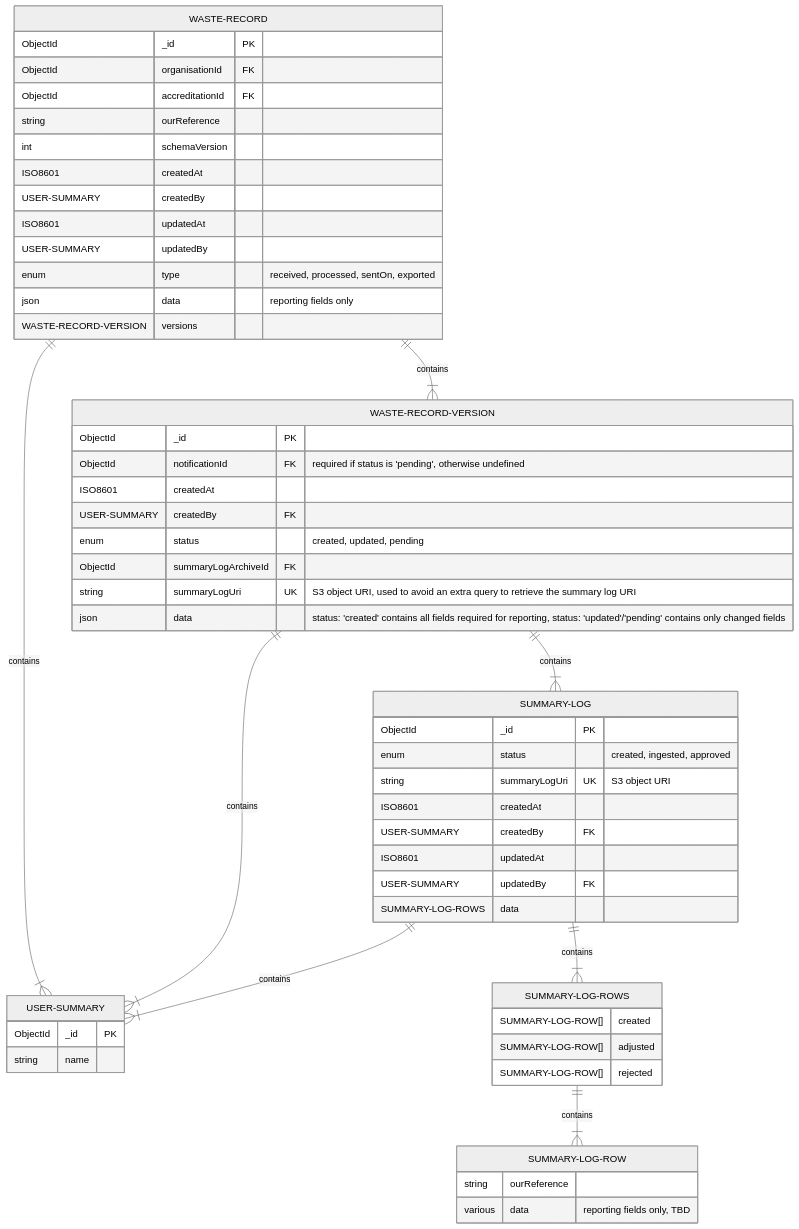
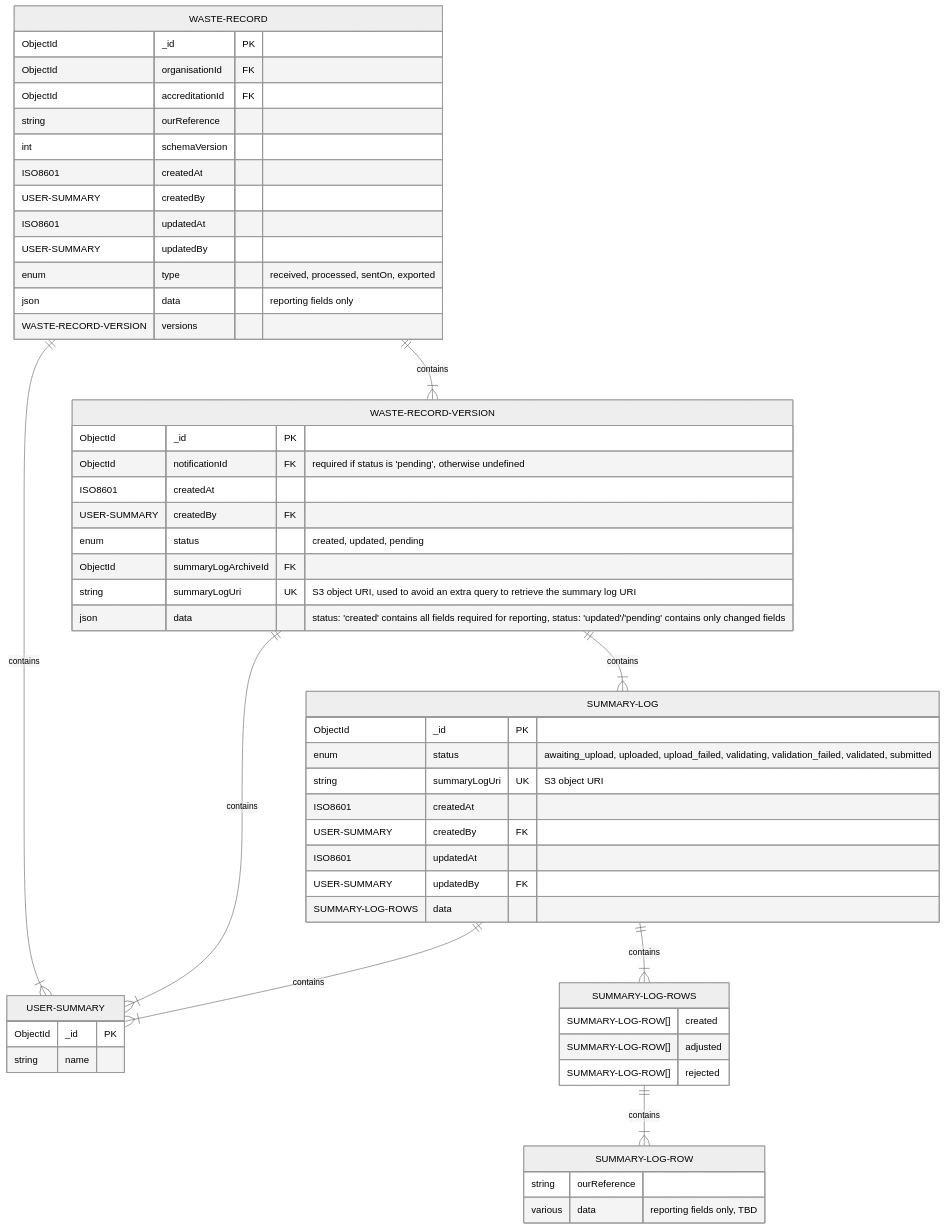
Before and after one commit to DEFRA/epr-backend: the first of 3 diagrams in docs/architecture/discovery/pepr-lld.md, drawn with Mermaid (neutral theme). The commit also changed other lines of this file and 1 other file, not shown here.

Commit message:
PAE-289: Update design docs for event-driven summary log flow (#141)

````diff
--- a/docs/architecture/discovery/pepr-lld.md
+++ b/docs/architecture/discovery/pepr-lld.md
@@ -264,63 +309,63 @@
 ```mermaid
 erDiagram
   WASTE-RECORD {
     ObjectId _id PK
     ObjectId organisationId FK
     ObjectId accreditationId FK
     string ourReference
     int schemaVersion
     ISO8601 createdAt
     USER-SUMMARY createdBy
     ISO8601 updatedAt
     USER-SUMMARY updatedBy
     enum type "received, processed, sentOn, exported"
     json data "reporting fields only"
     WASTE-RECORD-VERSION versions
   }
 
   WASTE-RECORD-VERSION {
     ObjectId _id PK
     ObjectId notificationId FK "required if status is 'pending', otherwise undefined"
     ISO8601 createdAt
     USER-SUMMARY createdBy FK
     enum status "created, updated, pending"
     ObjectId summaryLogArchiveId FK
     string summaryLogUri UK "S3 object URI, used to avoid an extra query to retrieve the summary log URI"
     json data "status: 'created' contains all fields required for reporting, status: 'updated'/'pending' contains only changed fields"
   }
 
   USER-SUMMARY {
     ObjectId _id PK
     string name
   }
 
   SUMMARY-LOG {
     ObjectId _id PK
-    enum status "created, ingested, approved"
+    enum status "awaiting_upload, uploaded, upload_failed, validating, validation_failed, validated, submitted"
     string summaryLogUri UK "S3 object URI"
     ISO8601 createdAt
     USER-SUMMARY createdBy FK
     ISO8601 updatedAt
     USER-SUMMARY updatedBy FK
     SUMMARY-LOG-ROWS data
   }
 
   SUMMARY-LOG-ROWS {
     SUMMARY-LOG-ROW[] created
     SUMMARY-LOG-ROW[] adjusted
     SUMMARY-LOG-ROW[] rejected
   }
 
   SUMMARY-LOG-ROW {
     string ourReference
     various data "reporting fields only, TBD"
   }
 
   WASTE-RECORD ||--|{ WASTE-RECORD-VERSION : contains
   WASTE-RECORD ||--|{ USER-SUMMARY : contains
   WASTE-RECORD-VERSION ||--|{ USER-SUMMARY : contains
   WASTE-RECORD-VERSION ||--|{ SUMMARY-LOG : contains
   SUMMARY-LOG ||--|{ USER-SUMMARY : contains
   SUMMARY-LOG ||--|{ SUMMARY-LOG-ROWS : contains
   SUMMARY-LOG-ROWS ||--|{ SUMMARY-LOG-ROW : contains
 ```
````
